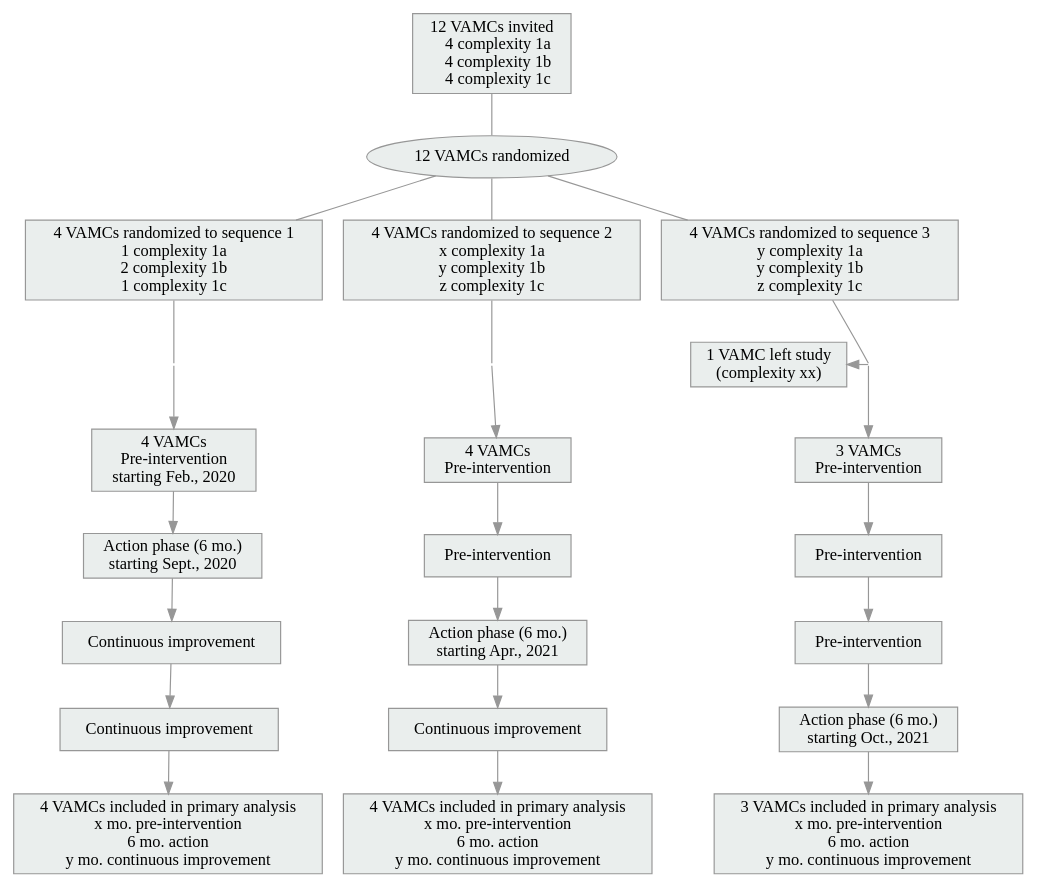
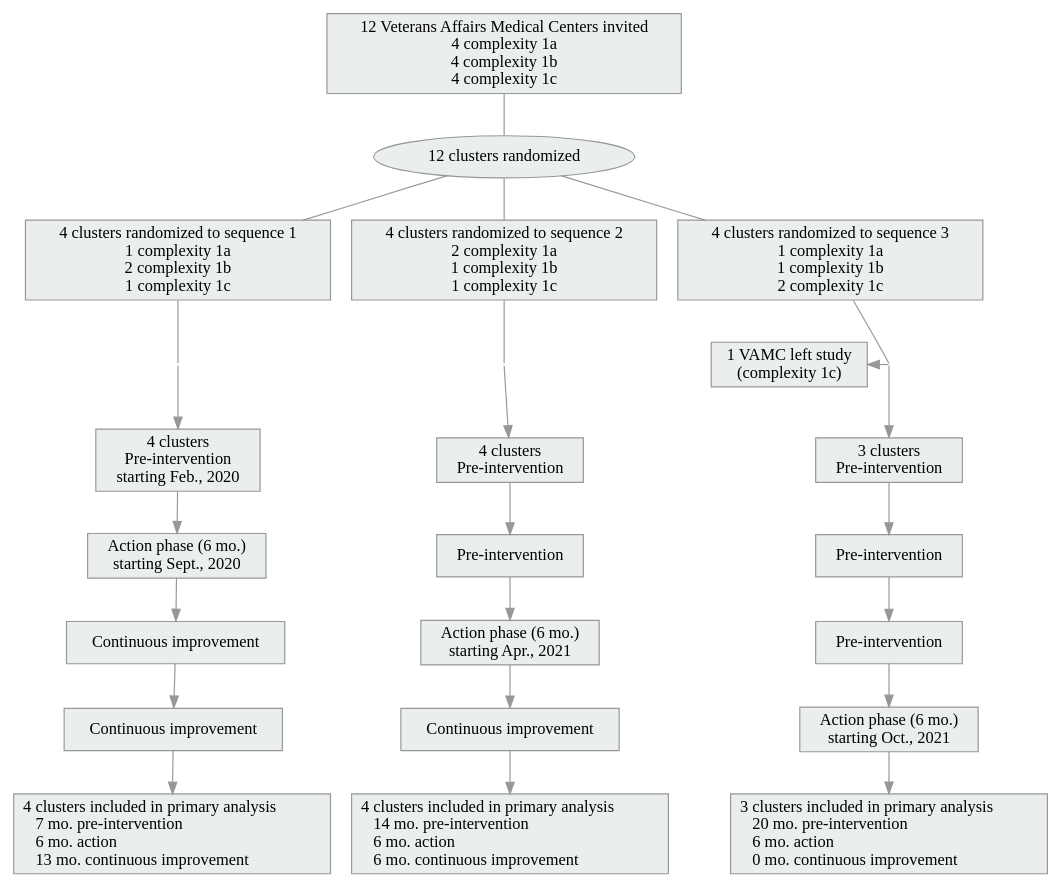
One commit to zimolzak/instruct-project-etrigger-sql changed the diagram in advanced/consort-like.dot. Above: the diagram before and after it, drawn with Graphviz.

Commit message:
finish off most all labels

```diff
--- a/advanced/consort-like.dot
+++ b/advanced/consort-like.dot
@@ -1,98 +1,98 @@
 digraph  {
 
 node [style=filled, fillcolor="#EAEEED", fontname="Trebuchet MS", color="#979797", shape=rectangle]
 edge [color="#979797"]
 
 
 
 
 # Top nodes
 
-root [label="12 VAMCs invited\n    4 complexity 1a\n    4 complexity 1b\n    4 complexity 1c",
+root [label="12 Veterans Affairs Medical Centers invited\n4 complexity 1a\n4 complexity 1b\n4 complexity 1c\n",
      style=filled, fillcolor="#EAEEED"];
 
-randomize [label="12 VAMCs randomized", shape=ellipse];
+randomize [label="12 clusters randomized", shape=ellipse];
 
-c1 [label="4 VAMCs randomized to sequence 1\n1 complexity 1a\n2 complexity 1b\n1 complexity 1c"]
-c2 [label="4 VAMCs randomized to sequence 2\nx complexity 1a\ny complexity 1b\nz complexity 1c"];
-c3 [label="4 VAMCs randomized to sequence 3\ny complexity 1a\ny complexity 1b\nz complexity 1c"];
+c1 [label="4 clusters randomized to sequence 1\n1 complexity 1a\n2 complexity 1b\n1 complexity 1c"]
+c2 [label="4 clusters randomized to sequence 2\n2 complexity 1a\n1 complexity 1b\n1 complexity 1c"];
+c3 [label="4 clusters randomized to sequence 3\n1 complexity 1a\n1 complexity 1b\n2 complexity 1c"];
 
 
 
 
 # Edges
 
 root -> randomize [arrowhead="none"];
 randomize -> c1 [arrowhead="none"];
 randomize -> c2 [arrowhead="none"];
 randomize -> c3 [arrowhead="none"];
 
 
 
 
 # Bottom nodes
 
-dropout [label="1 VAMC left study\n(complexity xx)"];  # Order matters!
+dropout [label="1 VAMC left study\n(complexity 1c)"];  # Order matters!
 
 # Invisible point nodes
 
 n1 [fixedsize = true,
 			height = 0,
 			shape = point,
 			style = invis,
 			shape = point];
 n2 [fixedsize = true,
 			height = 0,
 			shape = point,
 			style = invis,
 			shape = point];
 n3 [fixedsize = true,
 			height = 0,
 			shape = point,
 			style = invis,
 			shape = point];
 
 
 
 
 # Main nodes
 
-pre1 [label="4 VAMCs\nPre-intervention\nstarting Feb., 2020"]
-pre2 [label="4 VAMCs\nPre-intervention"]
-pre3 [label="3 VAMCs\nPre-intervention"]
+pre1 [label="4 clusters\nPre-intervention\nstarting Feb., 2020\n"]
+pre2 [label="4 clusters\nPre-intervention"]
+pre3 [label="3 clusters\nPre-intervention"]
 
 a1 [label="Action phase (6 mo.)\nstarting Sept., 2020"];
 a2 [label="Pre-intervention"];
 a3 [label="Pre-intervention"]
 
 apr1 [label="Continuous improvement"]
 apr2 [label="Action phase (6 mo.)\nstarting Apr., 2021"]
 apr3 [label="Pre-intervention"]
 
 oct1 [label="Continuous improvement"]
 oct2 [label="Continuous improvement"]
 oct3 [label="Action phase (6 mo.)\nstarting Oct., 2021"]
 
-ana1 [label="4 VAMCs included in primary analysis\nx mo. pre-intervention\n6 mo. action\ny mo. continuous improvement"]
-ana2 [label="4 VAMCs included in primary analysis\nx mo. pre-intervention\n6 mo. action\ny mo. continuous improvement"]
-ana3 [label="3 VAMCs included in primary analysis\nx mo. pre-intervention\n6 mo. action\ny mo. continuous improvement"]
+ana1 [label="4 clusters included in primary analysis\l    7 mo. pre-intervention\l    6 mo. action\l    13 mo. continuous improvement\l"]
+ana2 [label="4 clusters included in primary analysis\l    14 mo. pre-intervention\l    6 mo. action\l    6 mo. continuous improvement\l"]
+ana3 [label="3 clusters included in primary analysis\l    20 mo. pre-intervention\l    6 mo. action\l    0 mo. continuous improvement\l"]
 
 
 
 # Bottom Edges
 
 c1 -> n1 [arrowhead = "none"];
 c2 -> n2 [arrowhead = "none"];
 c3 -> n3 [arrowhead = "none"];
 
 n1 -> pre1 -> a1 -> apr1 -> oct1 -> ana1;
 n2 -> pre2 -> a2 -> apr2 -> oct2 -> ana2;
 n3 -> pre3 -> a3 -> apr3 -> oct3 -> ana3;
 
 c3 -> dropout [style = invis];  # ad hoc
 n3 -> dropout [constraint = false];
 dropout -> a3 [style = invis, constraint = false];  # ad hoc
 
 # }
 
 }
```
